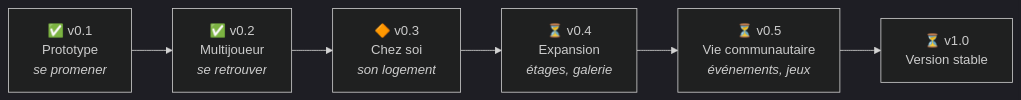
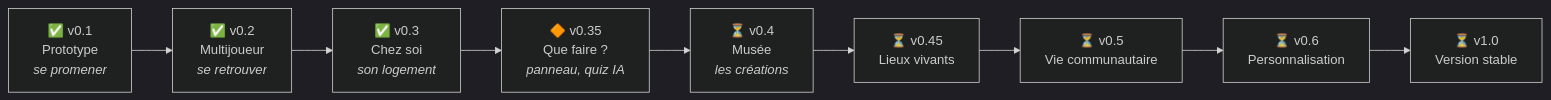
The diagram in docs/ROADMAP.md (Rogue06/MalinosLand), drawn with Mermaid (dark theme) before and after one commit. The commit also changed other lines of this file and 12 other files, not shown here.

````diff
--- a/docs/ROADMAP.md
+++ b/docs/ROADMAP.md
@@ -6,8 +6,11 @@
 ```mermaid
 flowchart LR
     A["✅ v0.1<br/>Prototype<br/><i>se promener</i>"] --> B["✅ v0.2<br/>Multijoueur<br/><i>se retrouver</i>"]
-    B --> C["🔶 v0.3<br/>Chez soi<br/><i>son logement</i>"]
-    C --> D["⏳ v0.4<br/>Expansion<br/><i>étages, galerie</i>"]
-    D --> E["⏳ v0.5<br/>Vie communautaire<br/><i>événements, jeux</i>"]
-    E --> F["⏳ v1.0<br/>Version stable"]
+    B --> C["✅ v0.3<br/>Chez soi<br/><i>son logement</i>"]
+    C --> D["🔶 v0.35<br/>Que faire ?<br/><i>panneau, quiz IA</i>"]
+    D --> E["⏳ v0.4<br/>Musée<br/><i>les créations</i>"]
+    E --> F["⏳ v0.45<br/>Lieux vivants"]
+    F --> G["⏳ v0.5<br/>Vie communautaire"]
+    G --> H["⏳ v0.6<br/>Personnalisation"]
+    H --> I["⏳ v1.0<br/>Version stable"]
 ```
````
